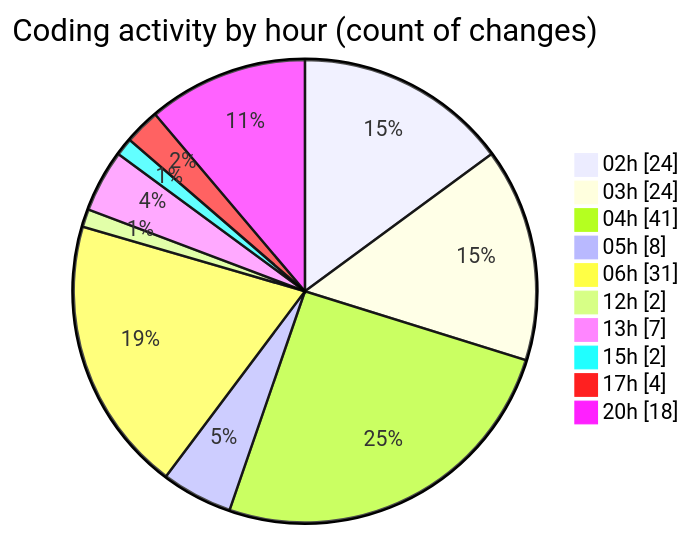
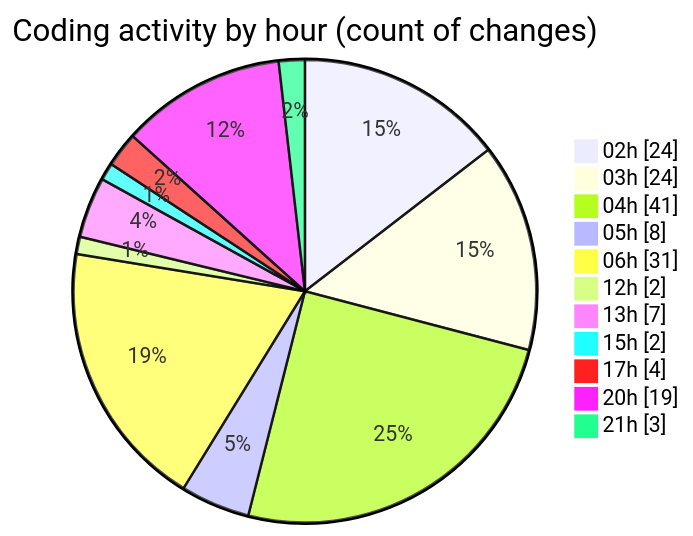
Before and after one commit to lephambinh05/code-tracking: the second of 2 diagrams in 2025-07-23/quanlyrapchieuphim/README.md, drawn with Mermaid. The commit also changed other lines of this file and 1 other file, not shown here.

````diff
--- a/2025-07-23/quanlyrapchieuphim/README.md
+++ b/2025-07-23/quanlyrapchieuphim/README.md
@@ -44,14 +44,15 @@
 ```mermaid
 pie showData
 title Coding activity by hour (count of changes)
 "02h" : 24
 "03h" : 24
 "04h" : 41
 "05h" : 8
 "06h" : 31
 "12h" : 2
 "13h" : 7
 "15h" : 2
 "17h" : 4
-"20h" : 18
+"20h" : 19
+"21h" : 3
 ```
````
